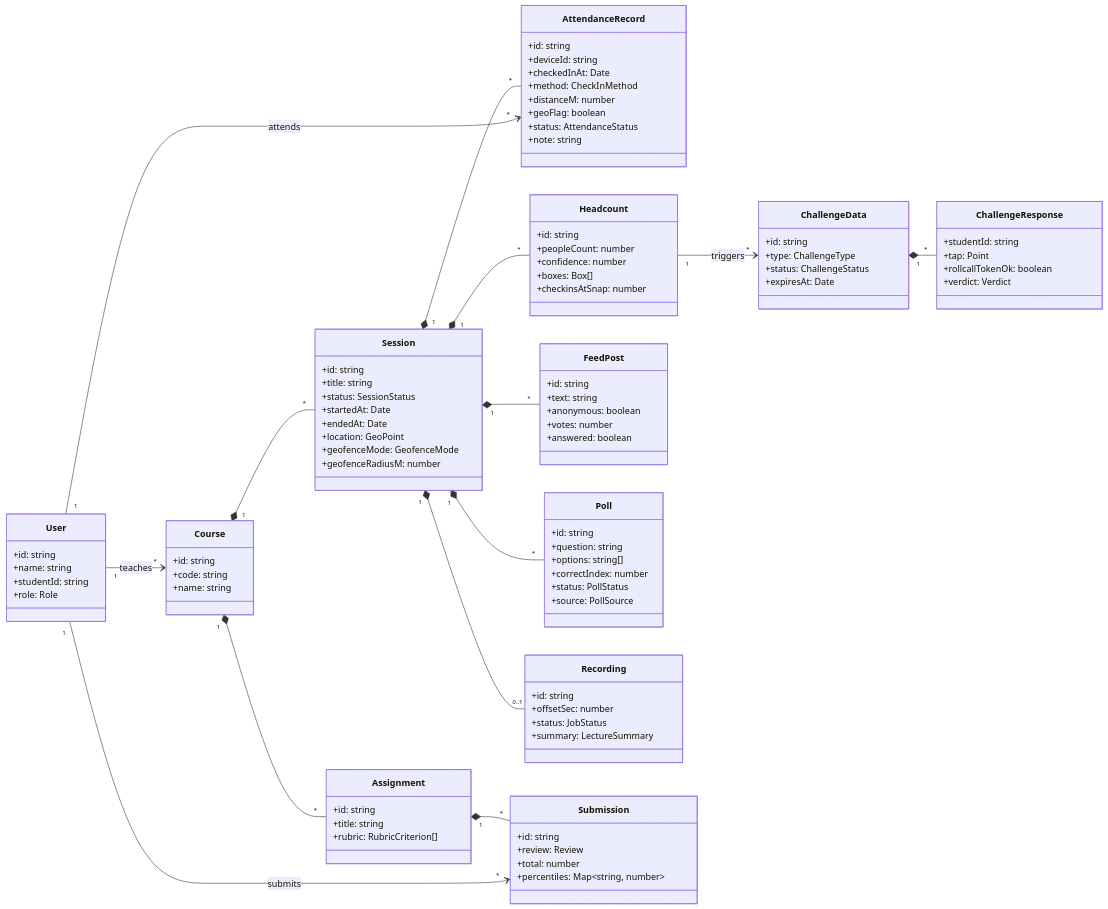
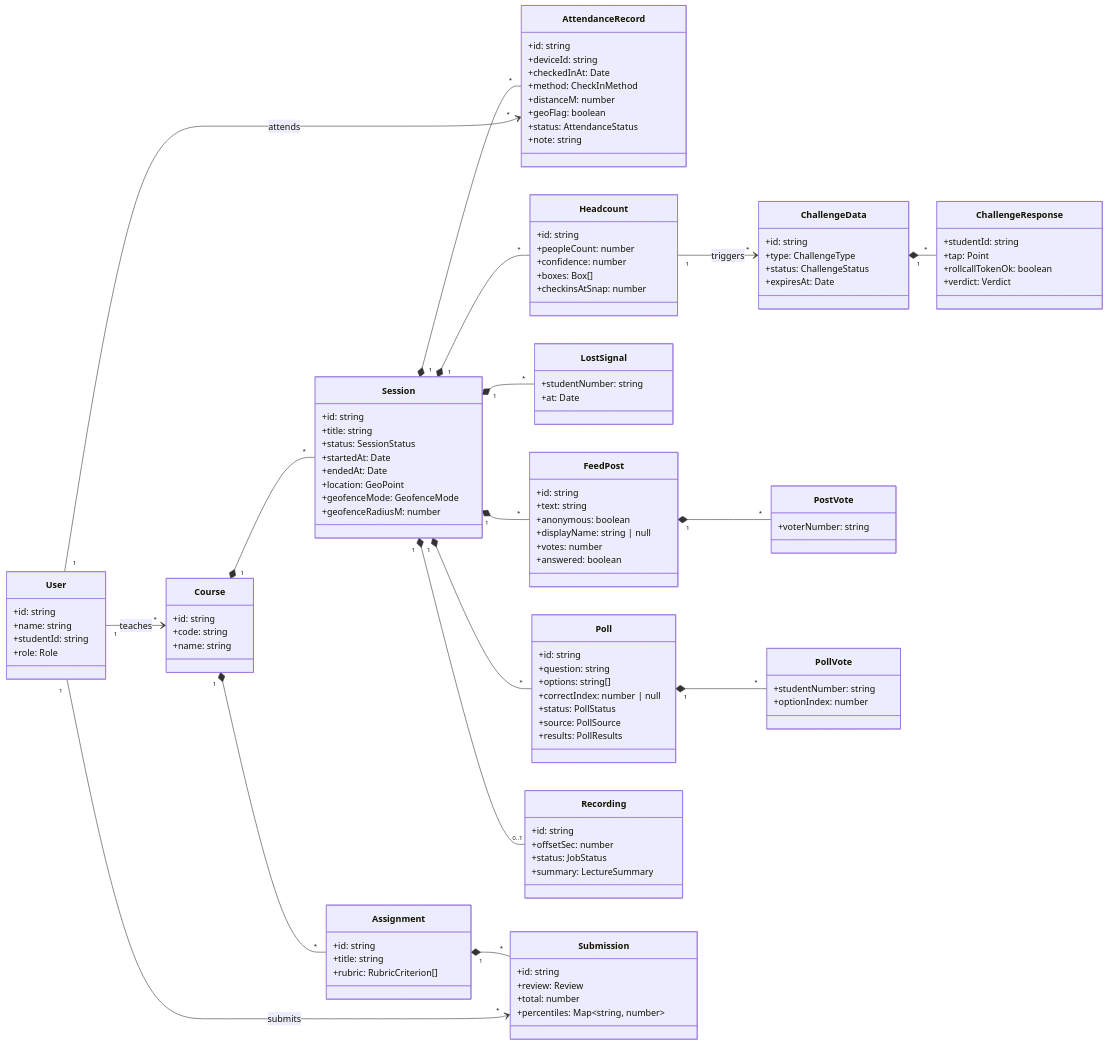
Before and after one commit to GiladApel/classpulse: the first of 7 diagrams in docs/06-class-diagrams.md, drawn with Mermaid. The commit also changed other lines of this file and 36 other files, not shown here.

First line of the commit message:
M5: live backchannel (I'm lost, questions feed) and polls with AI drafts

```diff
--- a/docs/06-class-diagrams.md
+++ b/docs/06-class-diagrams.md
@@ -71,20 +71,33 @@
     +rollcallTokenOk: boolean
     +verdict: Verdict
   }
+  class LostSignal {
+    +studentNumber: string
+    +at: Date
+  }
   class FeedPost {
     +id: string
     +text: string
     +anonymous: boolean
+    +displayName: string | null
     +votes: number
     +answered: boolean
+  }
+  class PostVote {
+    +voterNumber: string
   }
   class Poll {
     +id: string
     +question: string
     +options: string[]
-    +correctIndex: number
+    +correctIndex: number | null
     +status: PollStatus
     +source: PollSource
+    +results: PollResults
+  }
+  class PollVote {
+    +studentNumber: string
+    +optionIndex: number
   }
   class Recording {
     +id: string
@@ -111,8 +124,11 @@
   Session "1" *-- "*" Headcount
   Headcount "1" --> "*" ChallengeData : triggers
   ChallengeData "1" *-- "*" ChallengeResponse
+  Session "1" *-- "*" LostSignal
   Session "1" *-- "*" FeedPost
+  FeedPost "1" *-- "*" PostVote
   Session "1" *-- "*" Poll
+  Poll "1" *-- "*" PollVote
   Session "1" *-- "0..1" Recording
   Course "1" *-- "*" Assignment
   Assignment "1" *-- "*" Submission
```
